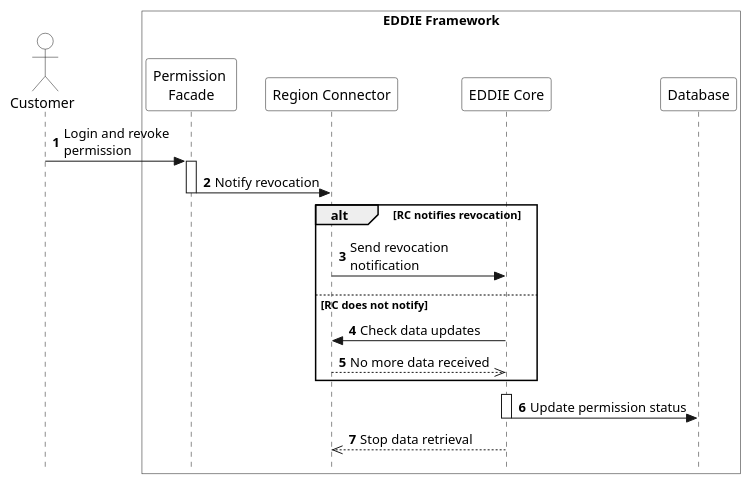
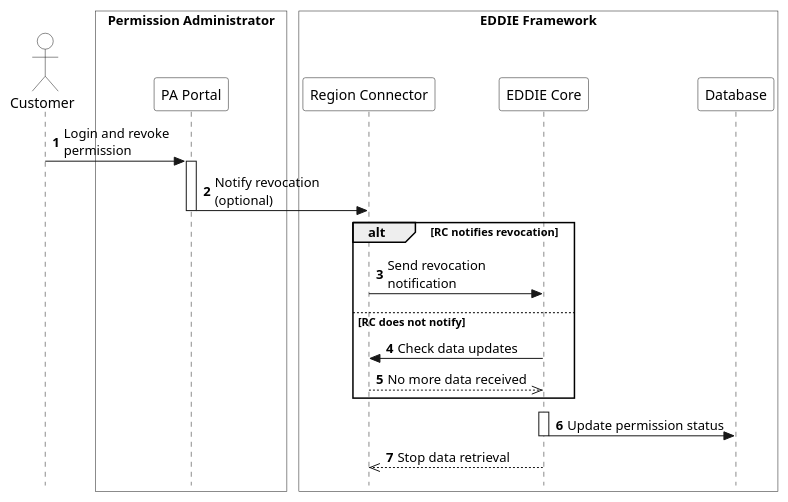
The diagram in arc42/eddie-framework/runtime-view/figures/eddie-framework-revoke-permission.puml (eddie-energy/architecture), drawn with PlantUML before and after one commit. The commit also changed 2 other files, not shown here.

Commit message:
Part of #126: Fixed second workflow so that customer logs in at the permission administrator portal and revokes the permission.

```diff
--- a/arc42/eddie-framework/runtime-view/figures/eddie-framework-revoke-permission.puml
+++ b/arc42/eddie-framework/runtime-view/figures/eddie-framework-revoke-permission.puml
@@ -1,38 +1,41 @@
 @startuml eddie-framework-revoke-permission
 
 skinparam style strictuml
 skinparam sequence {
   ParticipantBackgroundColor transparent
   ActorBackgroundColor transparent
 }
 
 autonumber
 !pragma teoz true
 
 actor "Customer" as customer
+box "Permission Administrator" #transparent
+  participant "PA Portal" as paPortal
+end box
+
 box "EDDIE Framework" #transparent
-  participant "Permission \nFacade" as paPortal
   participant "Region Connector" as rc
   participant "EDDIE Core" as eddie
   participant "Database" as db
 end box
 
 customer -> paPortal : Login and revoke\npermission
 activate paPortal
-paPortal -> rc : Notify revocation
+paPortal -> rc : Notify revocation\n(optional)
 deactivate paPortal
 
 alt RC notifies revocation
   rc -> eddie : Send revocation\nnotification
 else RC does not notify
   eddie -> rc : Check data updates
   rc -->> eddie : No more data received
 end
 
 activate eddie
 eddie -> db : Update permission status
 deactivate eddie
 
 eddie -->> rc : Stop data retrieval
 
 @enduml
```
